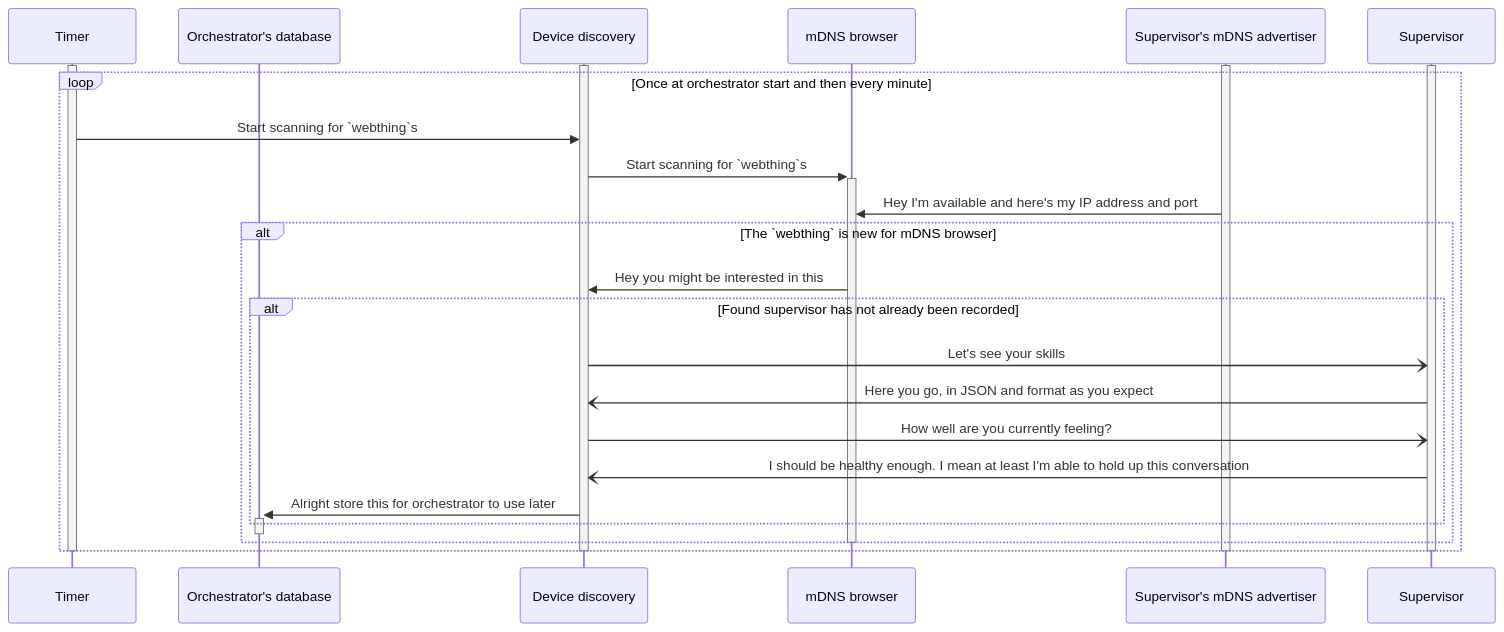
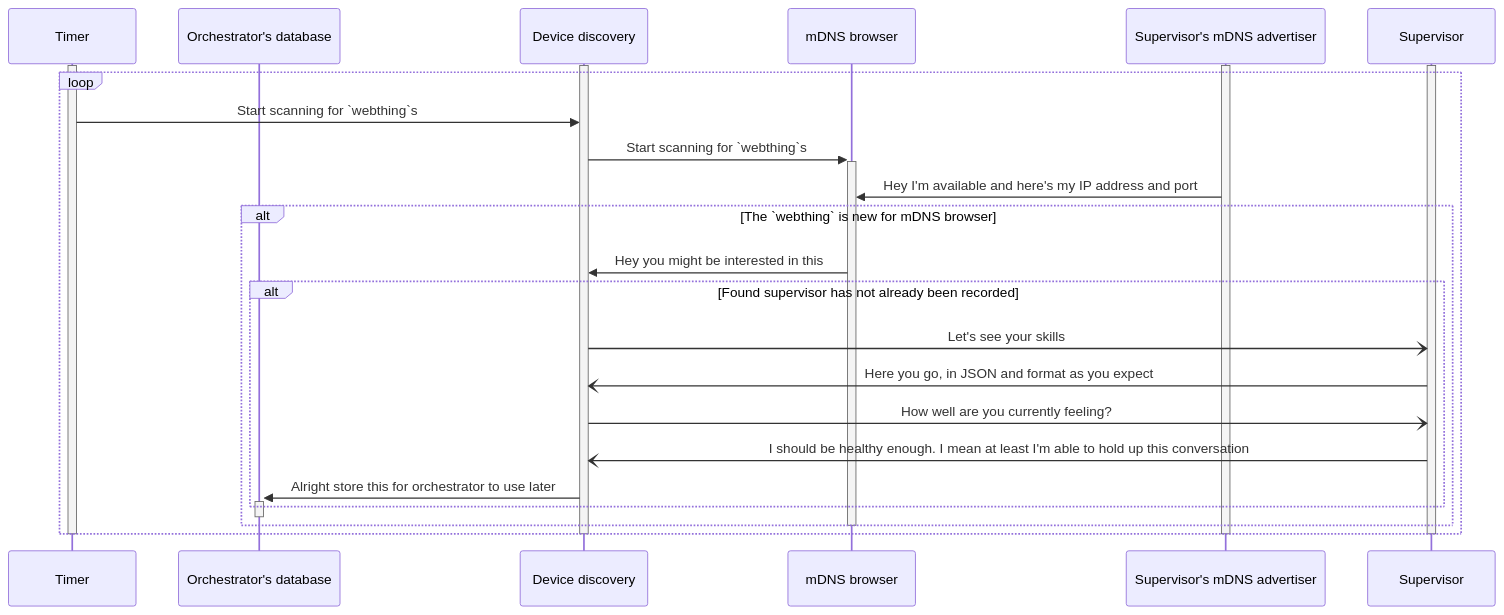
One commit to LiquidAI-project/wasmiot-orchestrator changed the diagram in docs/orchestrator/discovery.md. Above: the diagram before and after it, drawn with Mermaid. The commit also changed other lines of this file, not shown here.

````diff
--- a/docs/orchestrator/discovery.md
+++ b/docs/orchestrator/discovery.md
@@ -13,36 +16,36 @@
 ```mermaid
 sequenceDiagram
     %% Definitions:
     participant T as Timer
     participant DB as Orchestrator's database
     participant D as Device discovery
     participant M as mDNS browser
     participant SM as Supervisor's mDNS advertiser
     participant S as Supervisor
 
     activate S
     activate SM
     activate D
     activate T
-    loop Once at orchestrator start and then every minute
+    loop
         T->>D: Start scanning for `webthing`s
         D->>+M: Start scanning for `webthing`s
         SM->>M: Hey I'm available and here's my IP address and port
         alt The `webthing` is new for mDNS browser
             M->>D: Hey you might be interested in this
             alt Found supervisor has not already been recorded
                 D-)S: Let's see your skills
                 S-)D: Here you go, in JSON and format as you expect
                 D-)S: How well are you currently feeling?
                 S-)D: I should be healthy enough. I mean at least I'm able to hold up this conversation
                 D->>+DB: Alright store this for orchestrator to use later
             end
             deactivate DB
         end
         deactivate M
     end
     deactivate D
     deactivate T
     deactivate SM
     deactivate S
 ```
````
